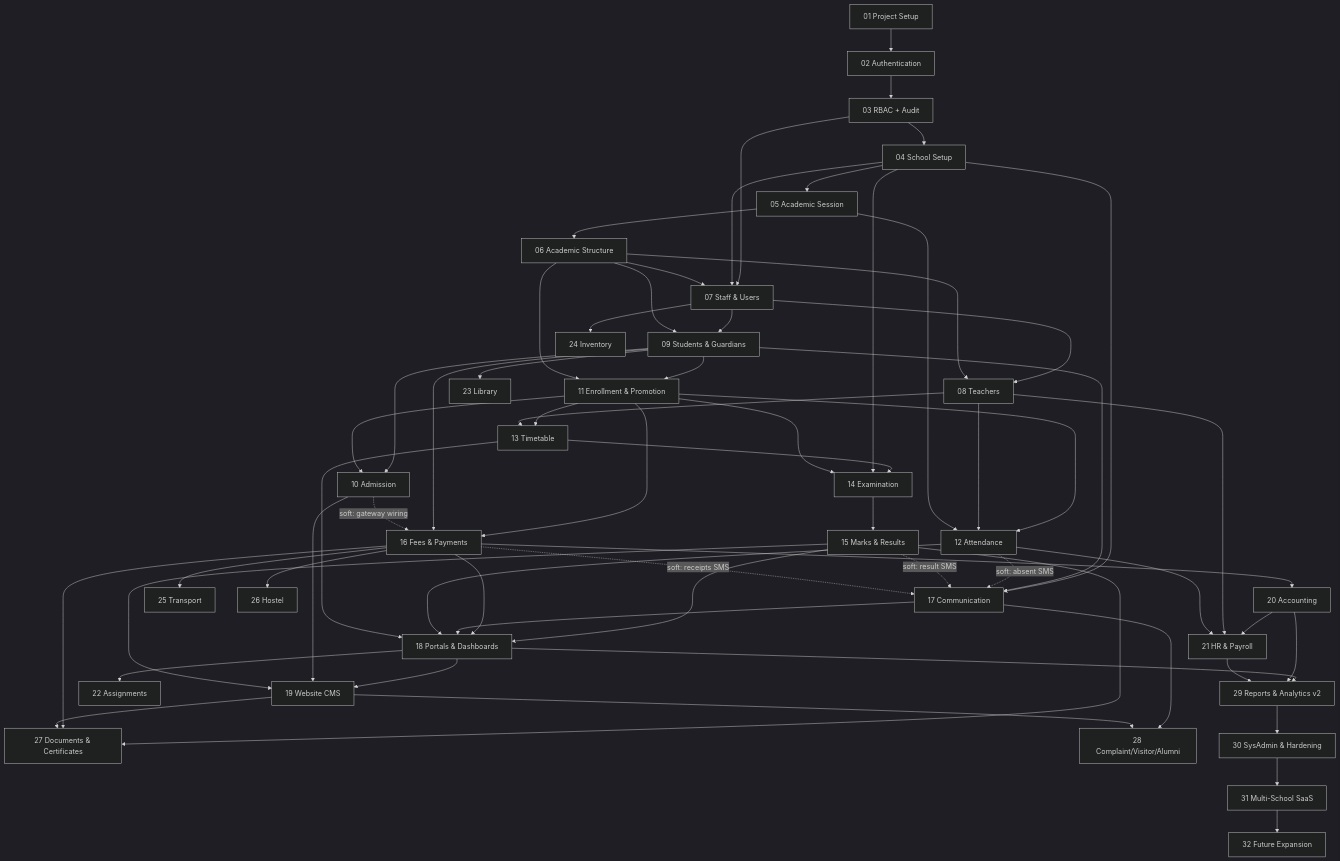
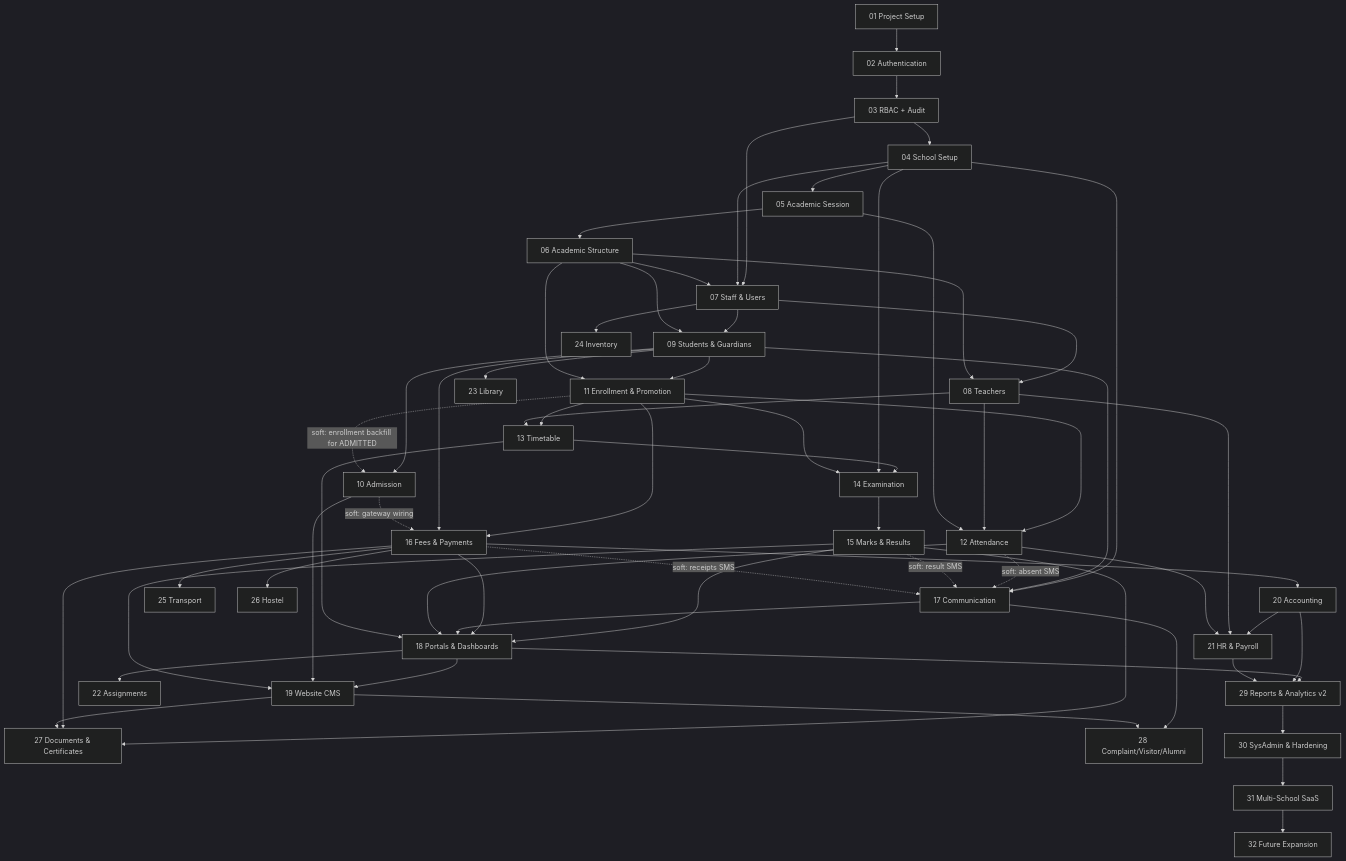
Before and after one commit to returnhexofficial-cmd/HexSchool: the diagram in MODULE_DEPENDENCIES.md, drawn with Mermaid (dark theme). The commit also changed other lines of this file and 62 other files, not shown here.

````diff
--- a/MODULE_DEPENDENCIES.md
+++ b/MODULE_DEPENDENCIES.md
@@ -8,64 +8,64 @@
 ```mermaid
 graph TD
     M01[01 Project Setup] --> M02[02 Authentication]
     M02 --> M03[03 RBAC + Audit]
     M03 --> M04[04 School Setup]
     M04 --> M05[05 Academic Session]
     M05 --> M06[06 Academic Structure]
     M03 --> M07[07 Staff & Users]
     M04 --> M07
     M06 --> M07
     M07 --> M08[08 Teachers]
     M06 --> M08
     M07 --> M09[09 Students & Guardians]
     M06 --> M09
     M09 --> M10[10 Admission]
     M09 --> M11[11 Enrollment & Promotion]
     M06 --> M11
-    M11 --> M10
+    M11 -. soft: enrollment backfill for ADMITTED .-> M10
     M11 --> M12[12 Attendance]
     M08 --> M12
     M05 --> M12
     M11 --> M13[13 Timetable]
     M08 --> M13
     M13 --> M14[14 Examination]
     M04 --> M14
     M11 --> M14
     M14 --> M15[15 Marks & Results]
     M11 --> M16[16 Fees & Payments]
     M09 --> M16
     M04 --> M17[17 Communication]
     M09 --> M17
     M12 -. soft: absent SMS .-> M17
     M15 -. soft: result SMS .-> M17
     M16 -. soft: receipts SMS .-> M17
     M10 -. soft: gateway wiring .-> M16
     M15 --> M18[18 Portals & Dashboards]
     M16 --> M18
     M17 --> M18
     M12 --> M18
     M13 --> M18
     M18 --> M19[19 Website CMS]
     M10 --> M19
     M15 --> M19
     M16 --> M20[20 Accounting]
     M20 --> M21[21 HR & Payroll]
     M08 --> M21
     M12 --> M21
     M18 --> M22[22 Assignments]
     M09 --> M23[23 Library]
     M07 --> M24[24 Inventory]
     M16 --> M25[25 Transport]
     M16 --> M26[26 Hostel]
     M15 --> M27[27 Documents & Certificates]
     M16 --> M27
     M19 --> M27
     M17 --> M28[28 Complaint/Visitor/Alumni]
     M19 --> M28
     M18 --> M29[29 Reports & Analytics v2]
     M20 --> M29
     M21 --> M29
     M29 --> M30[30 SysAdmin & Hardening]
     M30 --> M31[31 Multi-School SaaS]
     M31 --> M32[32 Future Expansion]
 ```
````
